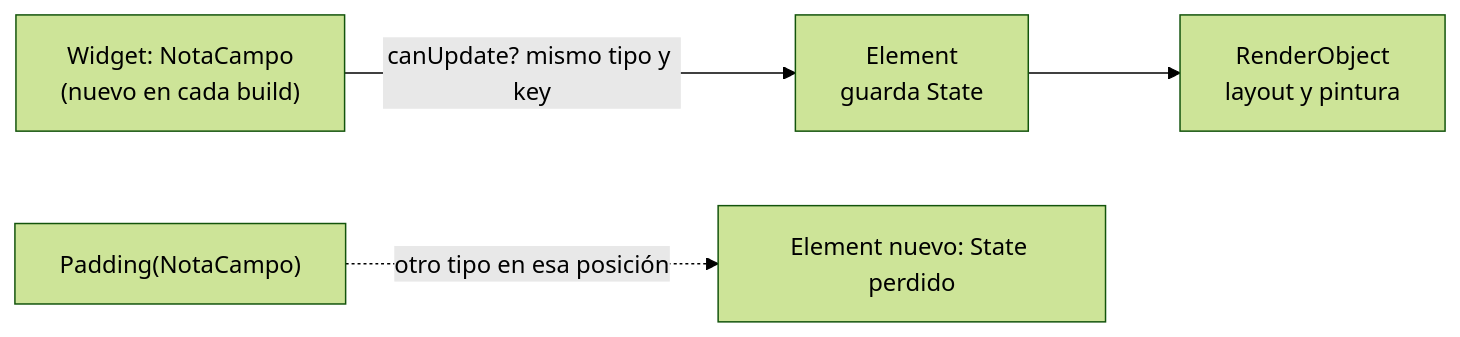
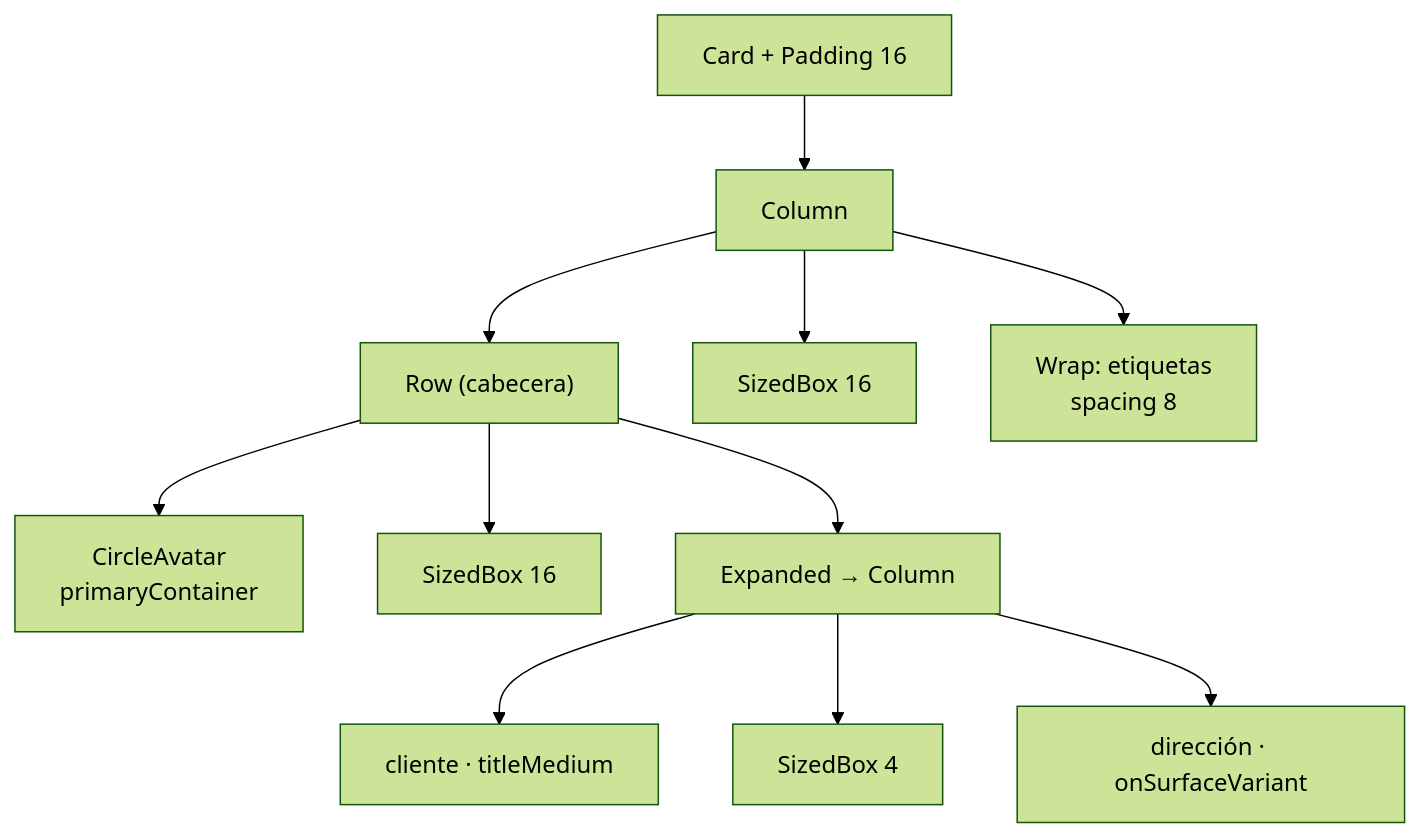
Before and after one commit to NICORUIZ93/The_Imperial_Book: the second of 7 diagrams in web/public/content/flutter/modulo-1.md, drawn with Mermaid (forest theme). The commit also changed other lines of this file and 17 other files, not shown here.

````diff
--- a/web/public/content/flutter/modulo-1.md
+++ b/web/public/content/flutter/modulo-1.md
@@ -539,6 +467,13 @@
 ```mermaid
-flowchart LR
-    W["Widget: NotaCampo<br/>(nuevo en cada build)"] -->|"canUpdate? mismo tipo y key"| E["Element<br/>guarda State"]
-    E --> R["RenderObject<br/>layout y pintura"]
-    W2["Padding(NotaCampo)"] -. "otro tipo en esa posición" .-> X["Element nuevo: State perdido"]
+flowchart TD
+    C["Card + Padding 16"] --> COL["Column"]
+    COL --> R["Row (cabecera)"]
+    COL --> E["SizedBox 16"]
+    COL --> W["Wrap: etiquetas<br/>spacing 8"]
+    R --> AV["CircleAvatar<br/>primaryContainer"]
+    R --> S["SizedBox 16"]
+    R --> X["Expanded → Column"]
+    X --> N["cliente · titleMedium"]
+    X --> S4["SizedBox 4"]
+    X --> D["dirección · onSurfaceVariant"]
 ```
````
